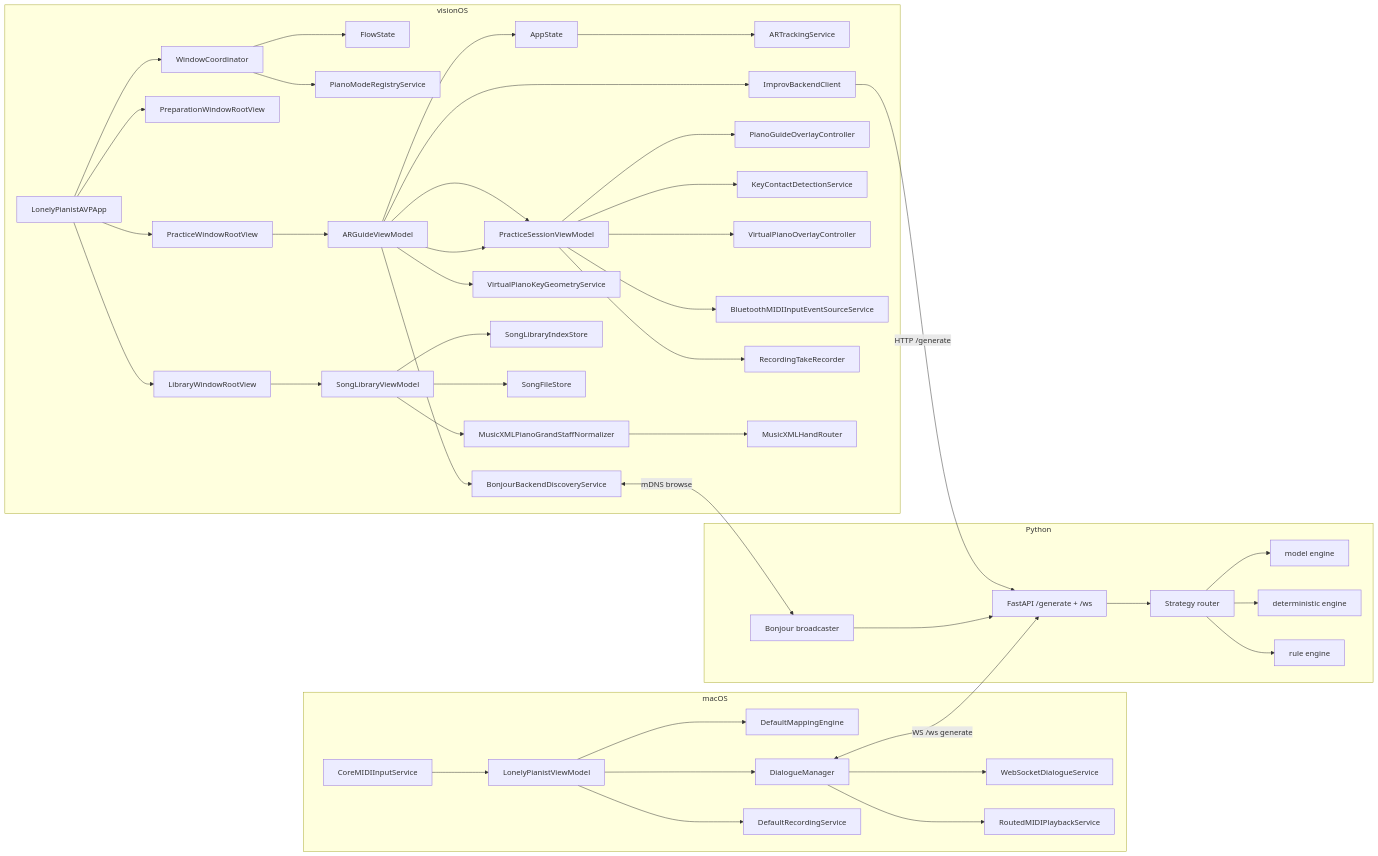
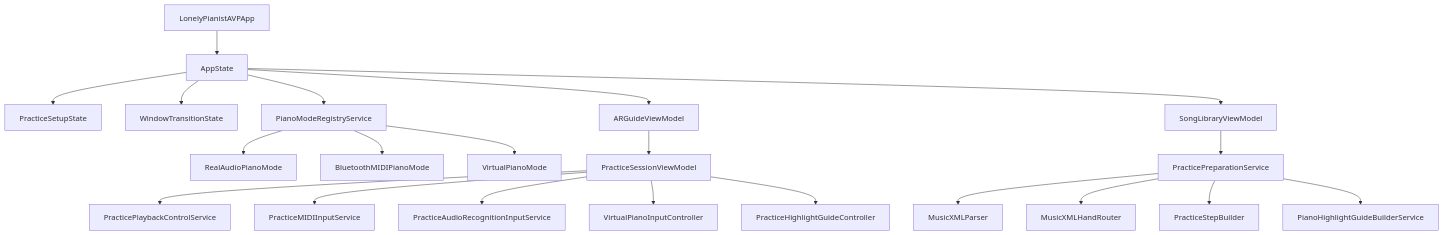
Before and after one commit to chiimagnus/Amoroso: the third of 4 diagrams in docs/architecture.md, drawn with Mermaid. The commit also changed other lines of this file and 16 other files, not shown here.

````diff
--- a/docs/architecture.md
+++ b/docs/architecture.md
@@ -25,50 +58,26 @@
 ```mermaid
-flowchart LR
-  subgraph macOS
-    A[CoreMIDIInputService] --> B[LonelyPianistViewModel]
-    B --> C[DefaultMappingEngine]
-    B --> D[DialogueManager]
-    B --> E[DefaultRecordingService]
-    D --> F[WebSocketDialogueService]
-    D --> G[RoutedMIDIPlaybackService]
-  end
+flowchart TD
+  APP[LonelyPianistAVPApp] --> STATE[AppState]
+  STATE --> SETUP[PracticeSetupState]
+  STATE --> WIN[WindowTransitionState]
+  STATE --> ARVM[ARGuideViewModel]
+  STATE --> LIBVM[SongLibraryViewModel]
+  STATE --> REG[PianoModeRegistryService]
 
-  subgraph visionOS
-    APP[LonelyPianistAVPApp] --> CO[WindowCoordinator]
-    CO --> FS[FlowState]
-    CO --> PMR[PianoModeRegistryService]
-    APP --> PW[PreparationWindowRootView]
-    APP --> LW[LibraryWindowRootView]
-    APP --> PRW[PracticeWindowRootView]
-    LW --> J[SongLibraryViewModel]
-    PRW --> K[ARGuideViewModel]
-    K --> AS[AppState]
-    AS --> L[ARTrackingService]
-    K --> M[PracticeSessionViewModel]
-    K --> BD[BonjourBackendDiscoveryService]
-    K --> IC[ImprovBackendClient]
-    M --> N[PianoGuideOverlayController]
-    M --> W[KeyContactDetectionService]
-    M --> X[VirtualPianoOverlayController]
-    M --> BLE[BluetoothMIDIInputEventSourceService]
-    M --> RA[RecordingTakeRecorder]
-    K --> Y[VirtualPianoKeyGeometryService]
-    J --> O[SongLibraryIndexStore]
-    J --> P[SongFileStore]
-    J --> NORM[MusicXMLPianoGrandStaffNormalizer]
-    NORM --> MHR[MusicXMLHandRouter]
-  end
+  REG --> REAL[RealAudioPianoMode]
+  REG --> BMIDI[BluetoothMIDIPianoMode]
+  REG --> VIRT[VirtualPianoMode]
 
-  subgraph Python
-    QB[Bonjour broadcaster] --> Q[FastAPI /generate + /ws]
-    Q --> R[Strategy router]
-    R --> E1[model engine]
-    R --> E2[deterministic engine]
-    R --> E3[rule engine]
-  end
+  LIBVM --> PREP[PracticePreparationService]
+  PREP --> PARSER[MusicXMLParser]
+  PREP --> ROUTER[MusicXMLHandRouter]
+  PREP --> STEPS[PracticeStepBuilder]
+  PREP --> GUIDES[PianoHighlightGuideBuilderService]
 
-  D <-->|WS /ws generate| Q
-  BD <-->|mDNS browse| QB
-  IC -->|HTTP /generate| Q
-  K --> M
+  ARVM --> PSESSION[PracticeSessionViewModel]
+  PSESSION --> PLAY[PracticePlaybackControlService]
+  PSESSION --> MIDI[PracticeMIDIInputService]
+  PSESSION --> AIN[PracticeAudioRecognitionInputService]
+  PSESSION --> VINPUT[VirtualPianoInputController]
+  PSESSION --> HG[PracticeHighlightGuideController]
 ```
````
